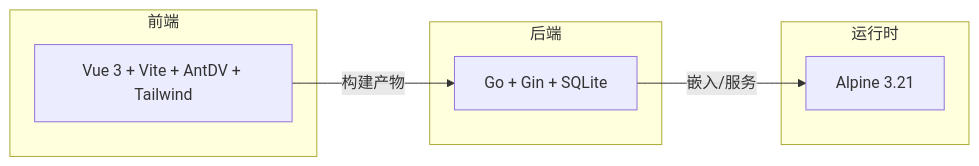
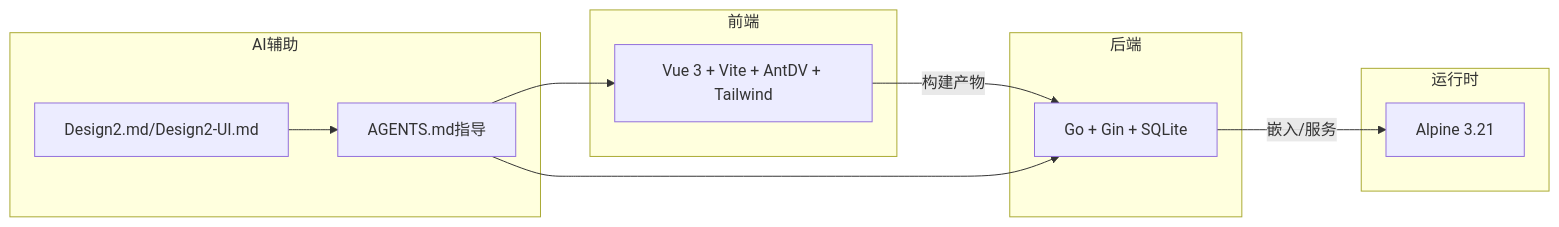
The sixth of 6 diagrams in .qoder/repowiki/zh/content/开发指南/开发工作流.md (AlcaProphet/VPN-Subscription-Management), drawn with Mermaid before and after one commit. The commit also changed other lines of this file and 102 other files, not shown here.

````diff
--- a/.qoder/repowiki/zh/content/开发指南/开发工作流.md
+++ b/.qoder/repowiki/zh/content/开发指南/开发工作流.md
@@ -228,14 +289,21 @@
 ```mermaid
 graph LR
 subgraph "前端"
 FE["Vue 3 + Vite + AntDV + Tailwind"]
 end
 subgraph "后端"
 BE["Go + Gin + SQLite"]
 end
 subgraph "运行时"
 RUN["Alpine 3.21"]
 end
+subgraph "AI辅助"
+AI["AGENTS.md指导"]
+DESIGN["Design2.md/Design2-UI.md"]
+end
 FE --> |"构建产物"| BE
 BE --> |"嵌入/服务"| RUN
+AI --> FE
+AI --> BE
+DESIGN --> AI
 ```
````
